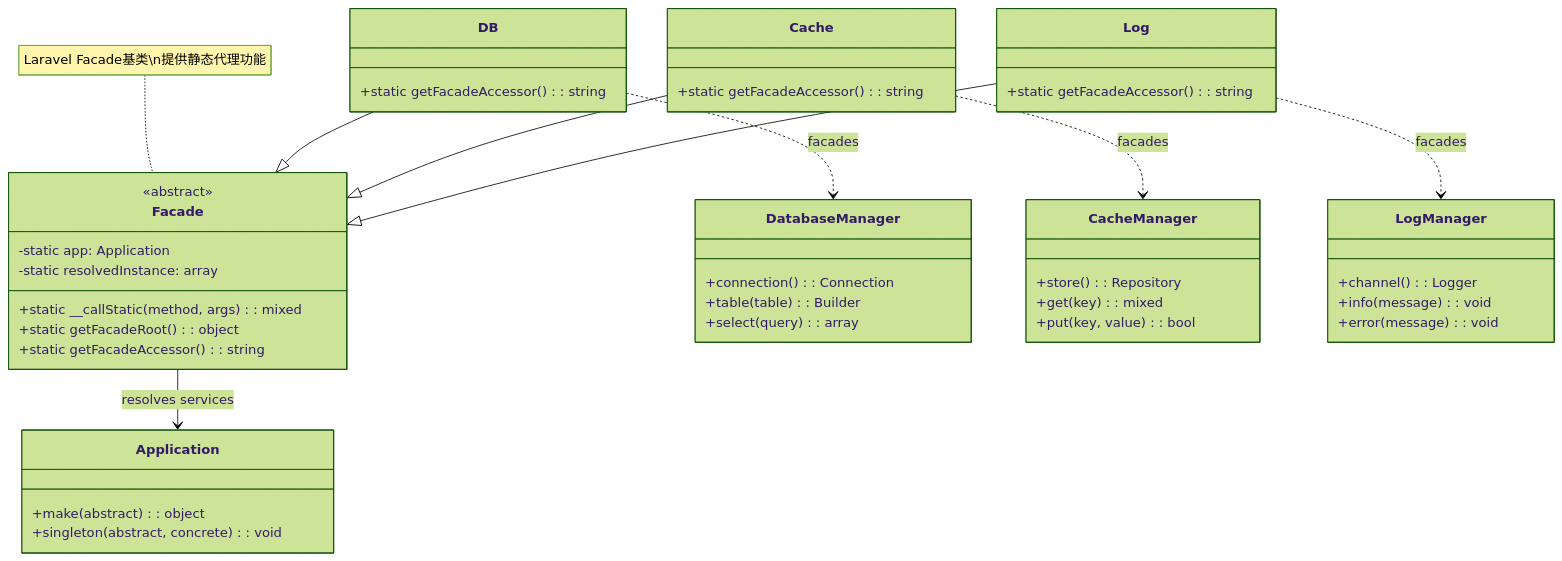
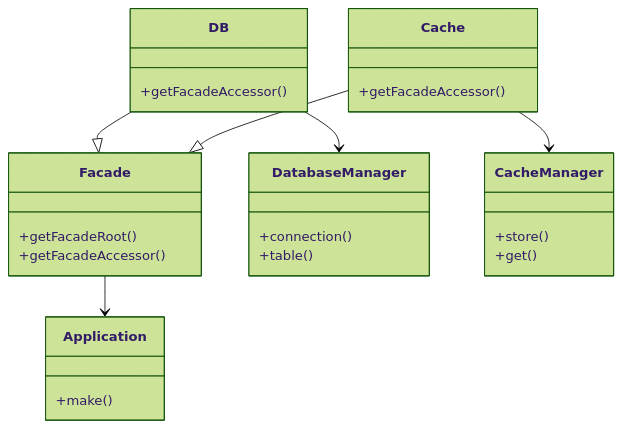
Before and after one commit to fanly/DesignPattern: the second of 4 diagrams in resources/design-patterns/laravel/structural/facade_zh.md, drawn with Mermaid (forest theme). The commit also changed other lines of this file and 103 other files, not shown here.

````diff
--- a/resources/design-patterns/laravel/structural/facade_zh.md
+++ b/resources/design-patterns/laravel/structural/facade_zh.md
@@ -46,57 +35,35 @@
 ```mermaid
 classDiagram
     class Facade {
-        <<abstract>>
-        -static app: Application
-        -static resolvedInstance: array
-        +static __callStatic(method, args): mixed
-        +static getFacadeRoot(): object
-        +static getFacadeAccessor(): string
+        +getFacadeRoot()
+        +getFacadeAccessor()
     }
     
     class DB {
-        +static getFacadeAccessor(): string
+        +getFacadeAccessor()
     }
     
     class Cache {
-        +static getFacadeAccessor(): string
-    }
-    
-    class Log {
-        +static getFacadeAccessor(): string
+        +getFacadeAccessor()
     }
     
     class DatabaseManager {
-        +connection(): Connection
-        +table(table): Builder
-        +select(query): array
+        +connection()
+        +table()
     }
     
     class CacheManager {
-        +store(): Repository
-        +get(key): mixed
-        +put(key, value): bool
-    }
-    
-    class LogManager {
-        +channel(): Logger
-        +info(message): void
-        +error(message): void
+        +store()
+        +get()
     }
     
     class Application {
-        +make(abstract): object
-        +singleton(abstract, concrete): void
+        +make()
     }
     
     DB --|> Facade
     Cache --|> Facade
-    Log --|> Facade
-    
-    Facade --> Application : resolves services
-    DB ..> DatabaseManager : facades
-    Cache ..> CacheManager : facades
-    Log ..> LogManager : facades
-    
-    note for Facade "Laravel Facade基类\n提供静态代理功能"
+    Facade --> Application
+    DB --> DatabaseManager
+    Cache --> CacheManager
 ```
````
